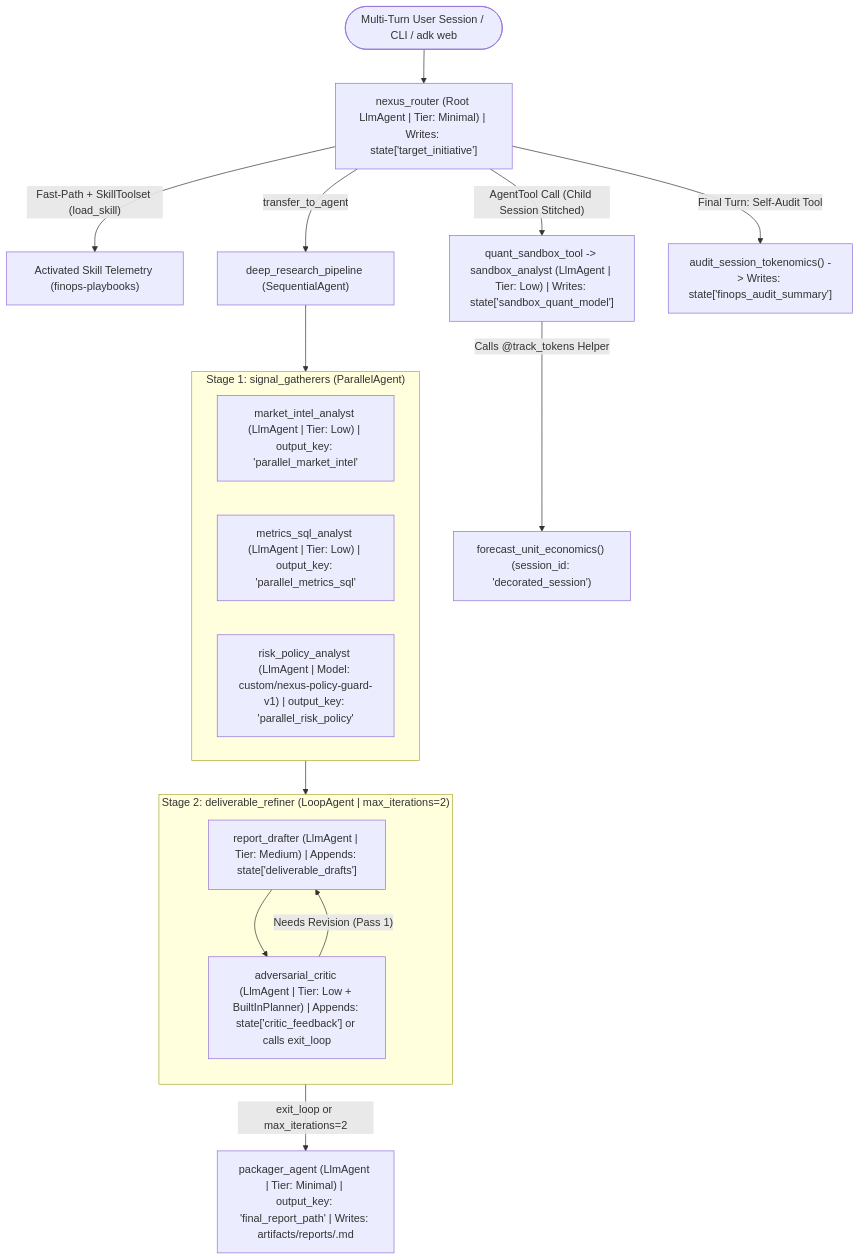
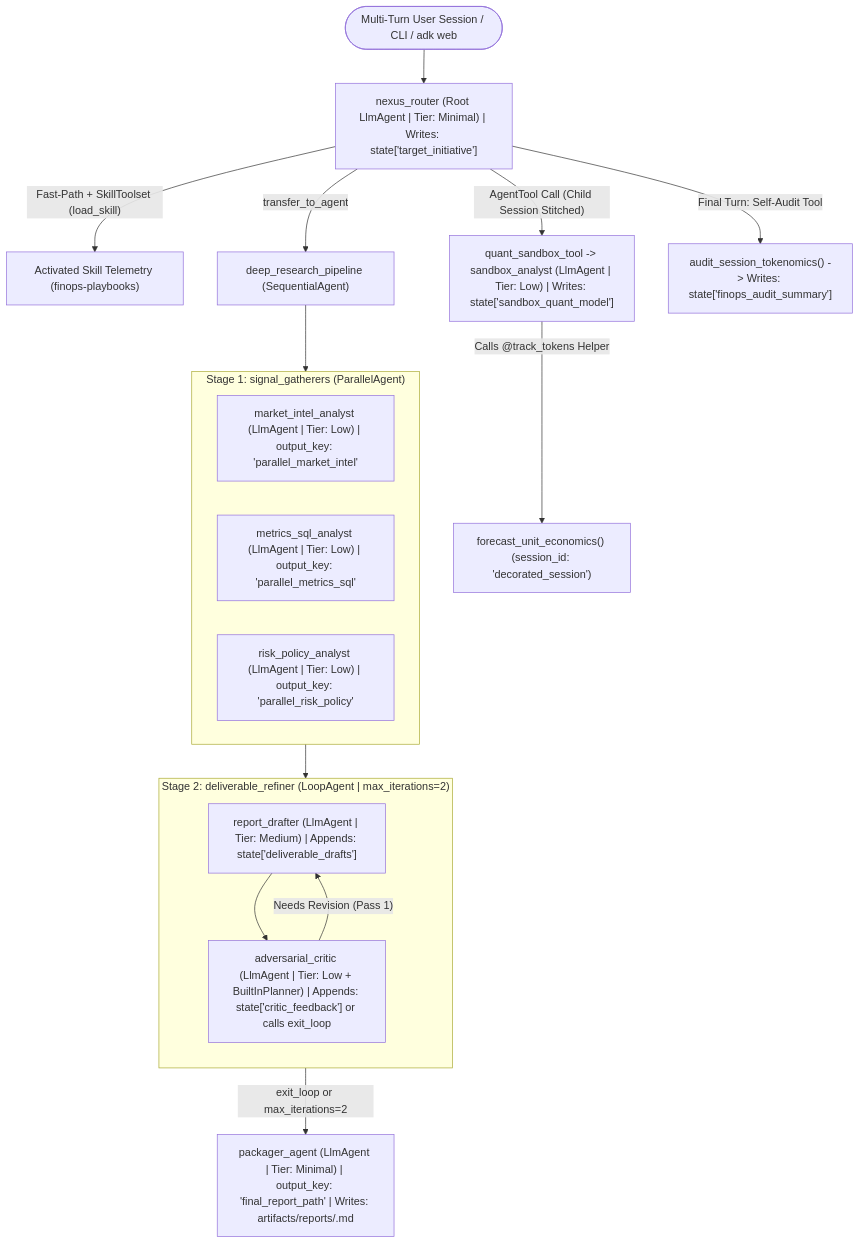
Before and after one commit to karthecoder/adk-recipes: the diagram in contrib/python/adk-tokenomics/examples/PRD.md, drawn with Mermaid. The commit also changed other lines of this file and 8 other files, not shown here.

Commit message:
refactor(adk-tokenomics): use standard Gemini model tiering across Nexus showcase

````diff
--- a/contrib/python/adk-tokenomics/examples/PRD.md
+++ b/contrib/python/adk-tokenomics/examples/PRD.md
@@ -49,28 +49,28 @@
 ```mermaid
 flowchart TD
     User(["Multi-Turn User Session / CLI / adk web"]) --> Router["nexus_router (Root LlmAgent | Tier: Minimal) | Writes: state['target_initiative']"]
     Router -->|"Fast-Path + SkillToolset (load_skill)"| Direct["Activated Skill Telemetry (finops-playbooks)"]
     Router -->|"AgentTool Call (Child Session Stitched)"| Sandbox["quant_sandbox_tool -> sandbox_analyst (LlmAgent | Tier: Low) | Writes: state['sandbox_quant_model']"]
     Sandbox -->|"Calls @track_tokens Helper"| Forecast["forecast_unit_economics() (session_id: 'decorated_session')"]
     Router -->|"transfer_to_agent"| Pipeline["deep_research_pipeline (SequentialAgent)"]
 
     subgraph Parallel_Stage ["Stage 1: signal_gatherers (ParallelAgent)"]
         direction LR
         P1["market_intel_analyst (LlmAgent | Tier: Low) | output_key: 'parallel_market_intel'"]
         P2["metrics_sql_analyst (LlmAgent | Tier: Low) | output_key: 'parallel_metrics_sql'"]
-        P3["risk_policy_analyst (LlmAgent | Model: custom/nexus-policy-guard-v1) | output_key: 'parallel_risk_policy'"]
+        P3["risk_policy_analyst (LlmAgent | Tier: Low) | output_key: 'parallel_risk_policy'"]
     end
 
     subgraph Loop_Stage ["Stage 2: deliverable_refiner (LoopAgent | max_iterations=2)"]
         direction TB
         Drafter["report_drafter (LlmAgent | Tier: Medium) | Appends: state['deliverable_drafts']"]
         Critic["adversarial_critic (LlmAgent | Tier: Low + BuiltInPlanner) | Appends: state['critic_feedback'] or calls exit_loop"]
         Drafter --> Critic
         Critic -->|"Needs Revision (Pass 1)"| Drafter
     end
 
     Pipeline --> Parallel_Stage
     Parallel_Stage --> Loop_Stage
     Loop_Stage -->|"exit_loop or max_iterations=2"| Packager["packager_agent (LlmAgent | Tier: Minimal) | output_key: 'final_report_path' | Writes: artifacts/reports/<slug>.md"]
     Router -->|"Final Turn: Self-Audit Tool"| FinOpsAudit["audit_session_tokenomics() -> Writes: state['finops_audit_summary']"]
 ```
````
